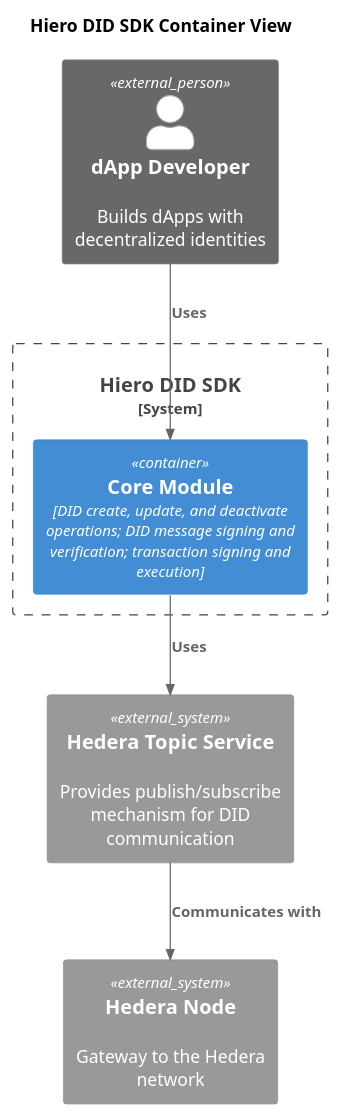
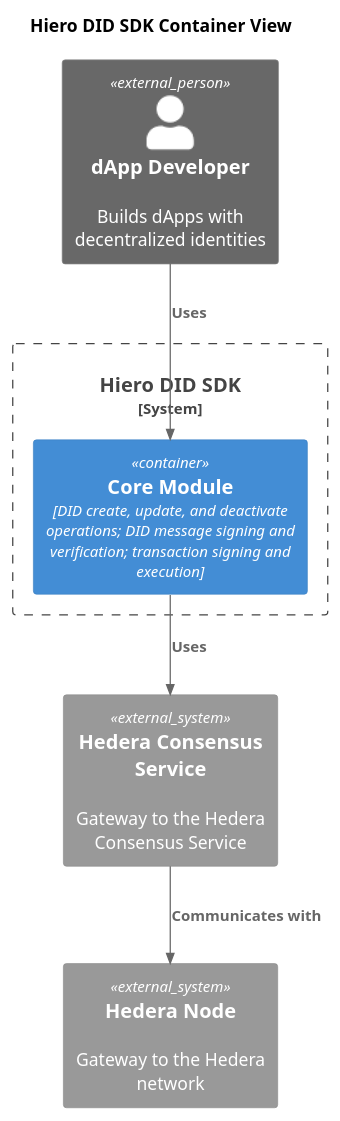
Before and after one commit to hiero-ledger/hiero-did-sdk-js: the diagram in docs/modules/ROOT/pages/02-design/diagrams/container-view-diagram.puml, drawn with PlantUML. The commit also changed 11 other files, not shown here.

```diff
--- a/docs/modules/ROOT/pages/02-design/diagrams/container-view-diagram.puml
+++ b/docs/modules/ROOT/pages/02-design/diagrams/container-view-diagram.puml
@@ -1,19 +1,20 @@
 @startuml
 !include https://raw.githubusercontent.com/plantuml-stdlib/C4-PlantUML/master/C4_Container.puml
 
 title Hiero DID SDK Container View
 
 Person_Ext(developer, "dApp Developer", "Builds dApps with decentralized identities")
 
 System_Boundary(c1, "Hiero DID SDK") {
  Container(core, "Core Module", "DID create, update, and deactivate operations; DID message signing and verification; transaction signing and execution")
 }
 
-System_Ext(topic, "Hedera Topic Service", "Provides publish/subscribe mechanism for DID communication")
+System_Ext(topic, "Hedera Consensus Service", "Gateway to the Hedera Consensus Service")
+
 System_Ext(hedera, "Hedera Node", "Gateway to the Hedera network")
 
 Rel(developer, core, "Uses")
 Rel(core, topic, "Uses")
 Rel(topic, hedera, "Communicates with")
 
 @enduml
```
